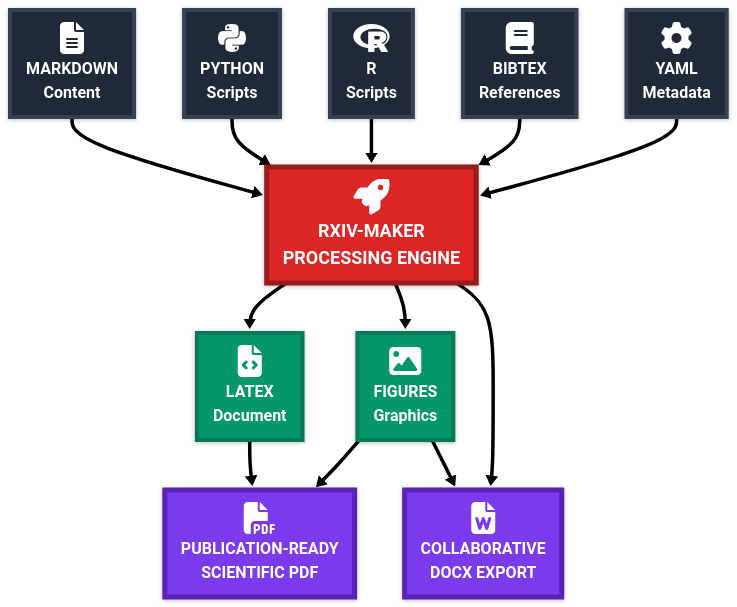
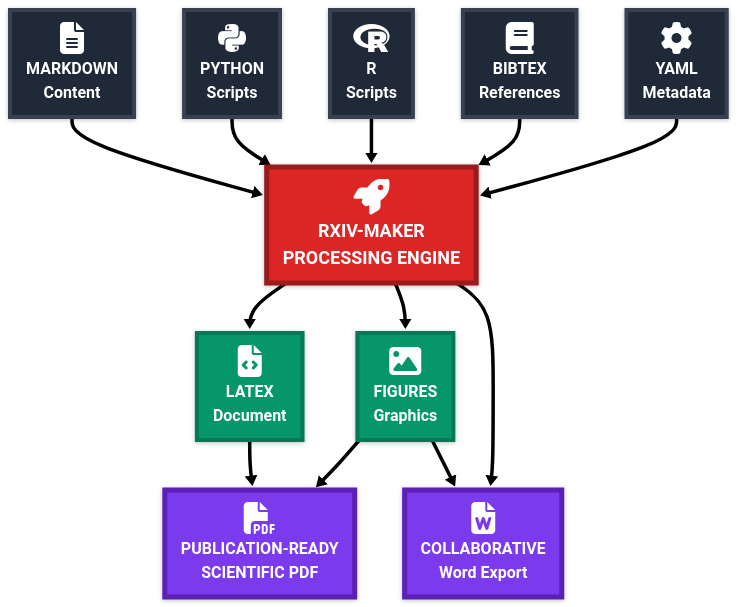
The diagram in MANUSCRIPT/FIGURES/Figure__system_diagram.mmd (HenriquesLab/manuscript-rxiv-maker), drawn with Mermaid before and after one commit. The commit also changed 8 other files, not shown here.

First line of the commit message:
fix: Improve manuscript quality and Word export

```diff
--- a/MANUSCRIPT/FIGURES/Figure__system_diagram.mmd
+++ b/MANUSCRIPT/FIGURES/Figure__system_diagram.mmd
@@ -1,42 +1,42 @@
 ---
 config:
   look: neo
   theme: neo
 ---
 flowchart TD
     A["<i class='fas fa-file-alt fa-2x'></i><br/><b>MARKDOWN</b><br/>Content"]
     B["<i class='fab fa-python fa-2x'></i><br/><b>PYTHON</b><br/>Scripts"]
     I["<i class='fab fa-r-project fa-2x'></i><br/><b>R</b><br/>Scripts"]
     C["<i class='fas fa-book fa-2x'></i><br/><b>BIBTEX</b><br/>References"]
     D["<i class='fas fa-cog fa-2x'></i><br/><b>YAML</b><br/>Metadata"]
 
     E["<i class='fas fa-rocket fa-2x'></i><br/><b>RXIV-MAKER</b><br/>PROCESSING ENGINE"]
 
     F["<i class='fas fa-file-code fa-2x'></i><br/><b>LATEX</b><br/>Document"]
     G["<i class='fas fa-image fa-2x'></i><br/><b>FIGURES</b><br/>Graphics"]
 
     H["<i class='fas fa-file-pdf fa-2x'></i><br/><b>PUBLICATION-READY</b><br/>SCIENTIFIC PDF"]
-    J["<i class='fas fa-file-word fa-2x'></i><br/><b>COLLABORATIVE</b><br/>DOCX EXPORT"]
+    J["<i class='fas fa-file-word fa-2x'></i><br/><b>COLLABORATIVE</b><br/>Word Export"]
 
     A ==> E
     B ==> E
     I ==> E
     C ==> E
     D ==> E
     E ==> F
     E ==> G
     F ==> H
     G ==> H
     G ==> J
     E ==> J
     class J final
 
     classDef input fill:#1f2937,stroke:#374151,stroke-width:4px,color:#ffffff,font-weight:bold,font-size:16px
     classDef engine fill:#dc2626,stroke:#991b1b,stroke-width:5px,color:#ffffff,font-weight:bold,font-size:18px
     classDef output fill:#059669,stroke:#047857,stroke-width:4px,color:#ffffff,font-weight:bold,font-size:16px
     classDef final fill:#7c3aed,stroke:#5b21b6,stroke-width:5px,color:#ffffff,font-weight:bold,font-size:16px
 
     class A,B,C,D,I input
     class E engine
     class F,G output
     class H,J final
```
